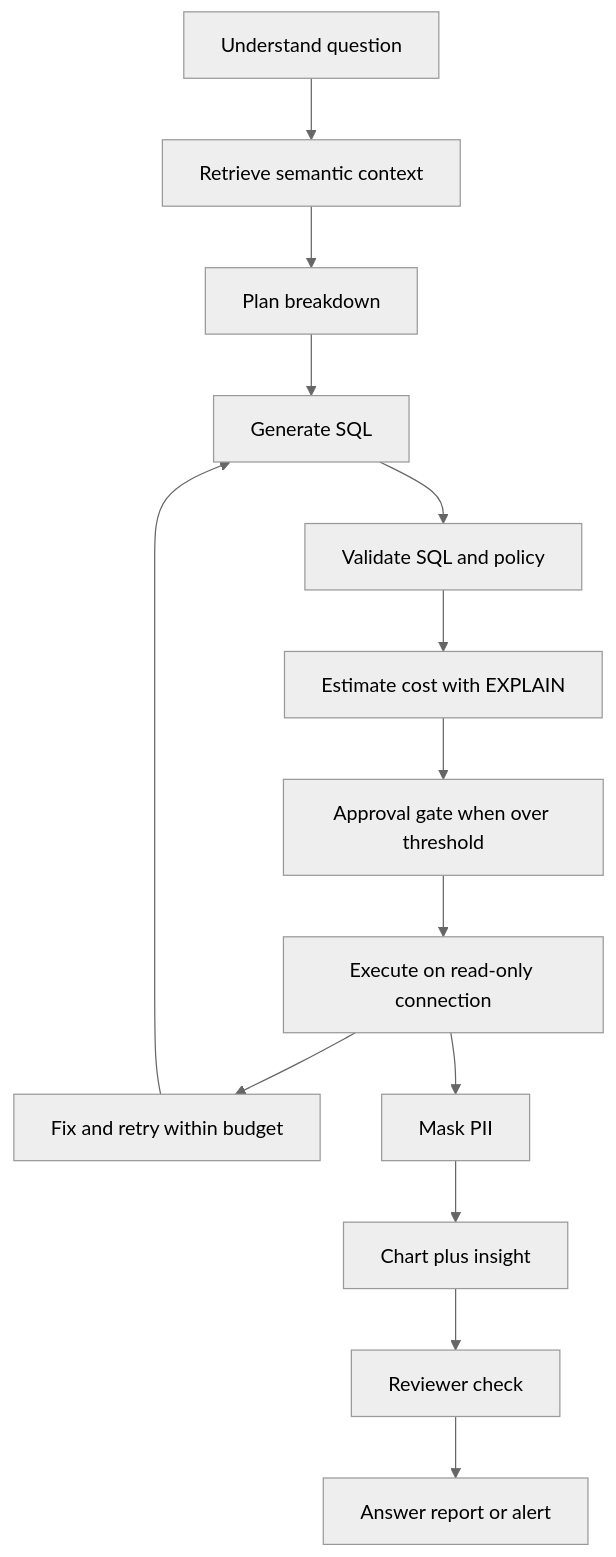
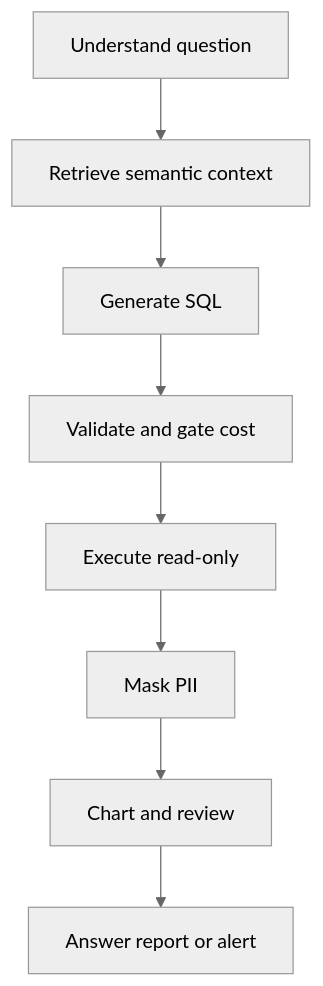
One commit to NDTruongDanh/SE373-Analytics-Agent changed the diagram in openwiki/agent/workflow-architecture.md. Above: the diagram before and after it, drawn with Mermaid (neutral theme). The commit also changed other lines of this file and 8 other files, not shown here.

````diff
--- a/openwiki/agent/workflow-architecture.md
+++ b/openwiki/agent/workflow-architecture.md
@@ -59,16 +107,10 @@
 ```mermaid
 flowchart TD
   A["Understand question"] --> B["Retrieve semantic context"]
-  B --> C["Plan breakdown"]
-  C --> D["Generate SQL"]
-  D --> E["Validate SQL and policy"]
-  E --> F["Estimate cost with EXPLAIN"]
-  F --> G["Approval gate when over threshold"]
-  G --> H["Execute on read-only connection"]
-  H --> I["Fix and retry within budget"]
-  I --> D
-  H --> J["Mask PII"]
-  J --> K["Chart plus insight"]
-  K --> L["Reviewer check"]
-  L --> M["Answer report or alert"]
+  B --> C["Generate SQL"]
+  C --> D["Validate and gate cost"]
+  D --> E["Execute read-only"]
+  E --> F["Mask PII"]
+  F --> G["Chart and review"]
+  G --> H["Answer report or alert"]
 ```
````
